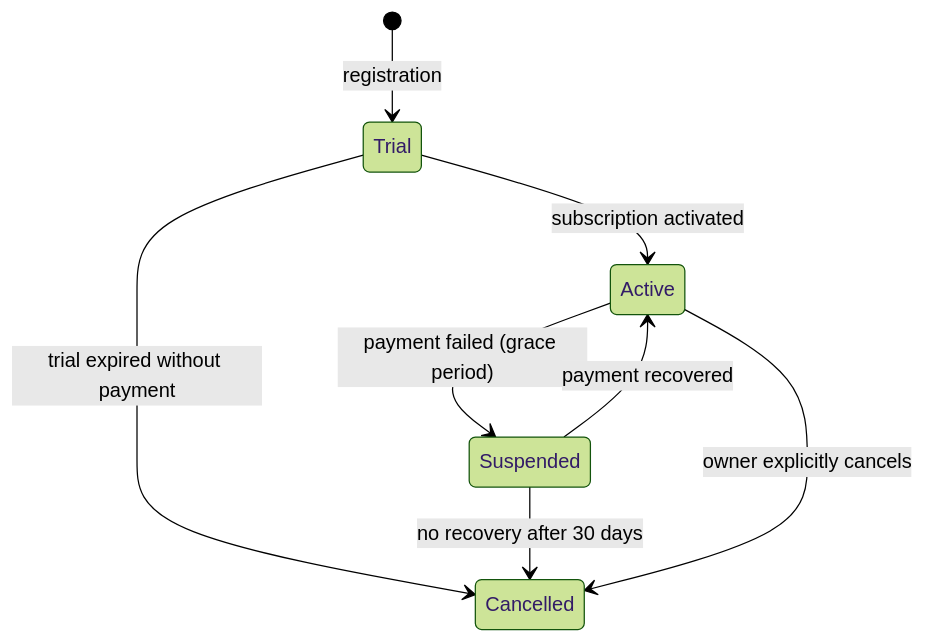
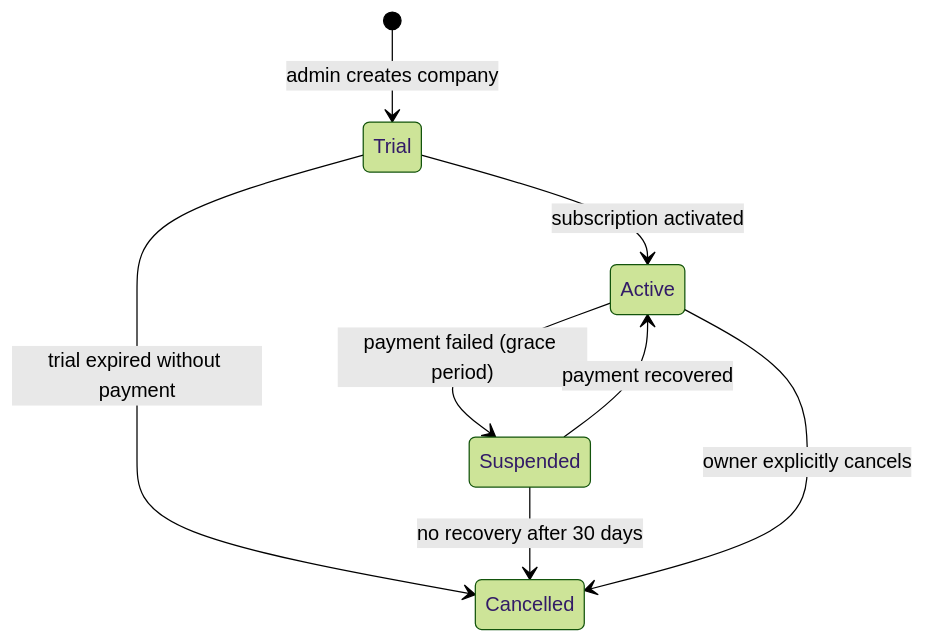
One commit to Max-Nijenkamp/FlowFlex changed the diagram in flowflex-vault/left-brain/entities/entity-company.md. Above: the diagram before and after it, drawn with Mermaid (forest theme). The commit also changed other lines of this file and 47 other files, not shown here.

Commit message:
finish flowflex vault

````diff
--- a/flowflex-vault/left-brain/entities/entity-company.md
+++ b/flowflex-vault/left-brain/entities/entity-company.md
@@ -66,10 +67,10 @@
 ```mermaid
 stateDiagram-v2
-    [*] --> Trial : registration
+    [*] --> Trial : admin creates company
     Trial --> Active : subscription activated
     Trial --> Cancelled : trial expired without payment
     Active --> Suspended : payment failed (grace period)
     Suspended --> Active : payment recovered
     Suspended --> Cancelled : no recovery after 30 days
     Active --> Cancelled : owner explicitly cancels
 ```
````
